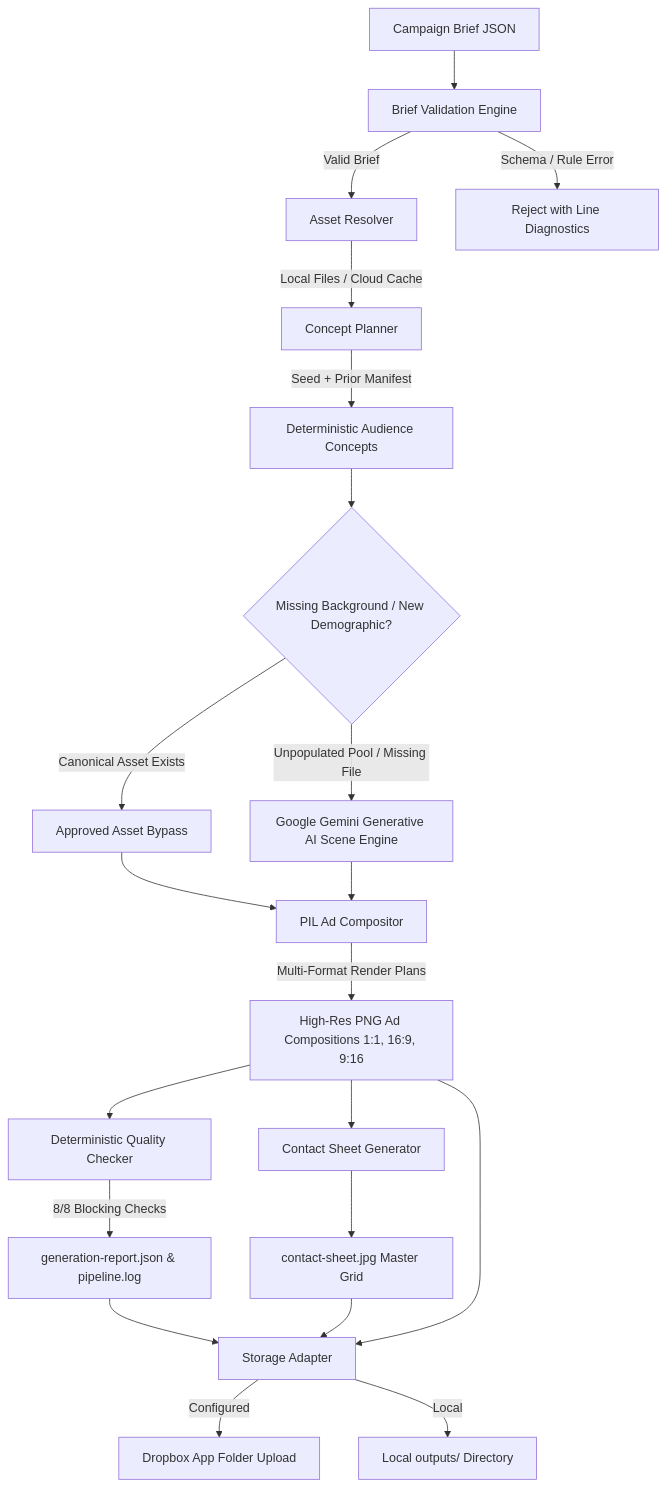
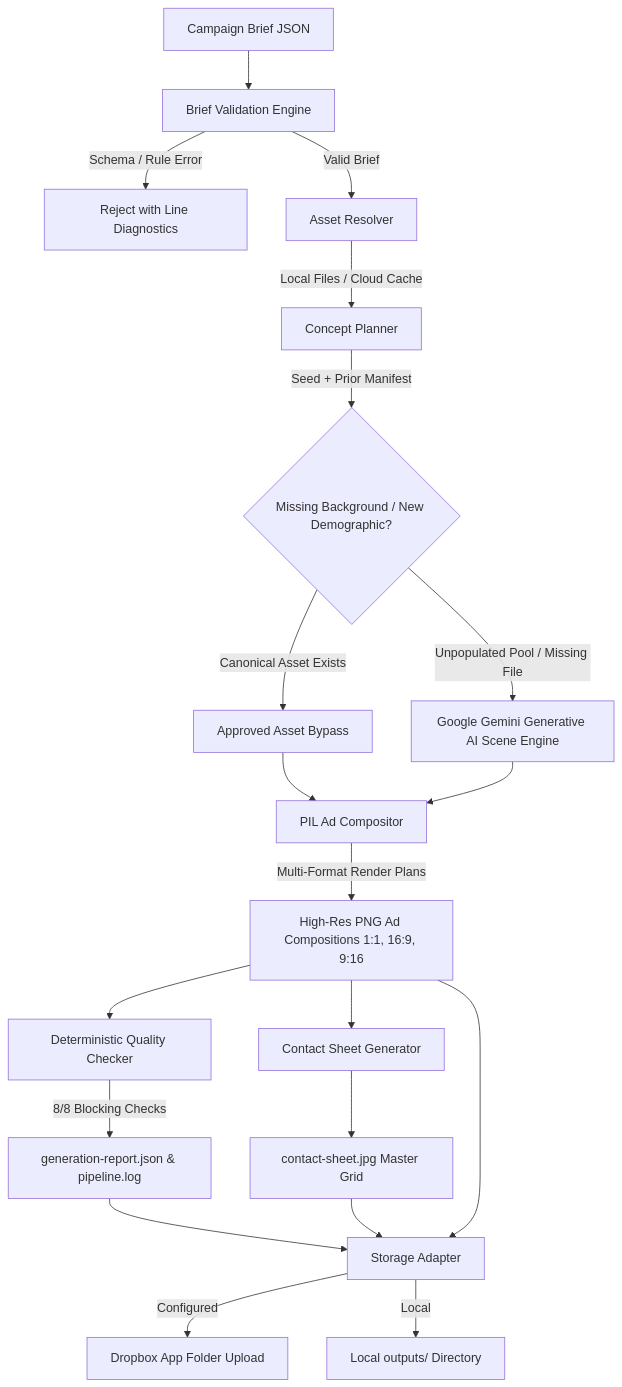
Before and after one commit to cogspa/YETI_AD_GEN: the diagram in README.md, drawn with Mermaid. The commit also changed other lines of this file and 11 other files, not shown here.

````diff
--- a/README.md
+++ b/README.md
@@ -200,30 +186,29 @@
 ```mermaid
-flowchart TD
+graph TD
     A[Campaign Brief JSON] --> B[Brief Validation Engine]
-    B -->|Valid Brief| C[Asset Resolver]
-    B -->|Schema / Rule Error| ERR[Reject with Line Diagnostics]
+    B -->|Schema / Rule Error| C[Reject with Line Diagnostics]
+    B -->|Valid Brief| D[Asset Resolver]
     
-    C -->|Local Files / Cloud Cache| D[Concept Planner]
-    D -->|Seed + Prior Manifest| E[Deterministic Audience Concepts]
+    D -->|Local Files / Cloud Cache| E[Concept Planner]
+    E -->|Seed + Prior Manifest| F{Missing Background / New Demographic?}
     
-    E --> F{Missing Background / New Demographic?}
     F -->|Canonical Asset Exists| G[Approved Asset Bypass]
     F -->|Unpopulated Pool / Missing File| H[Google Gemini Generative AI Scene Engine]
     
     G --> I[PIL Ad Compositor]
     H --> I
     
     I -->|Multi-Format Render Plans| J[High-Res PNG Ad Compositions 1:1, 16:9, 9:16]
     J --> K[Contact Sheet Generator]
     J --> L[Deterministic Quality Checker]
     
     L -->|8/8 Blocking Checks| M[generation-report.json & pipeline.log]
     K --> N[contact-sheet.jpg Master Grid]
     
     M --> O[Storage Adapter]
     N --> O
     J --> O
     
     O -->|Configured| P[Dropbox App Folder Upload]
     O -->|Local| Q[Local outputs/ Directory]
 ```
````
